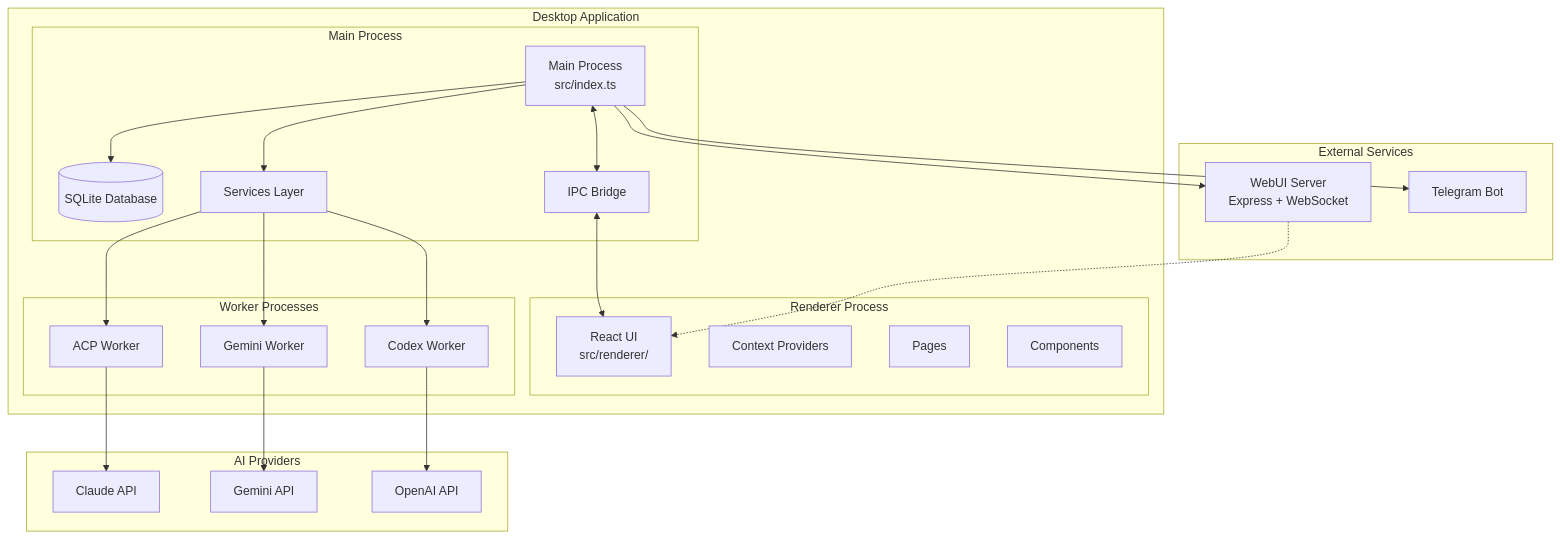
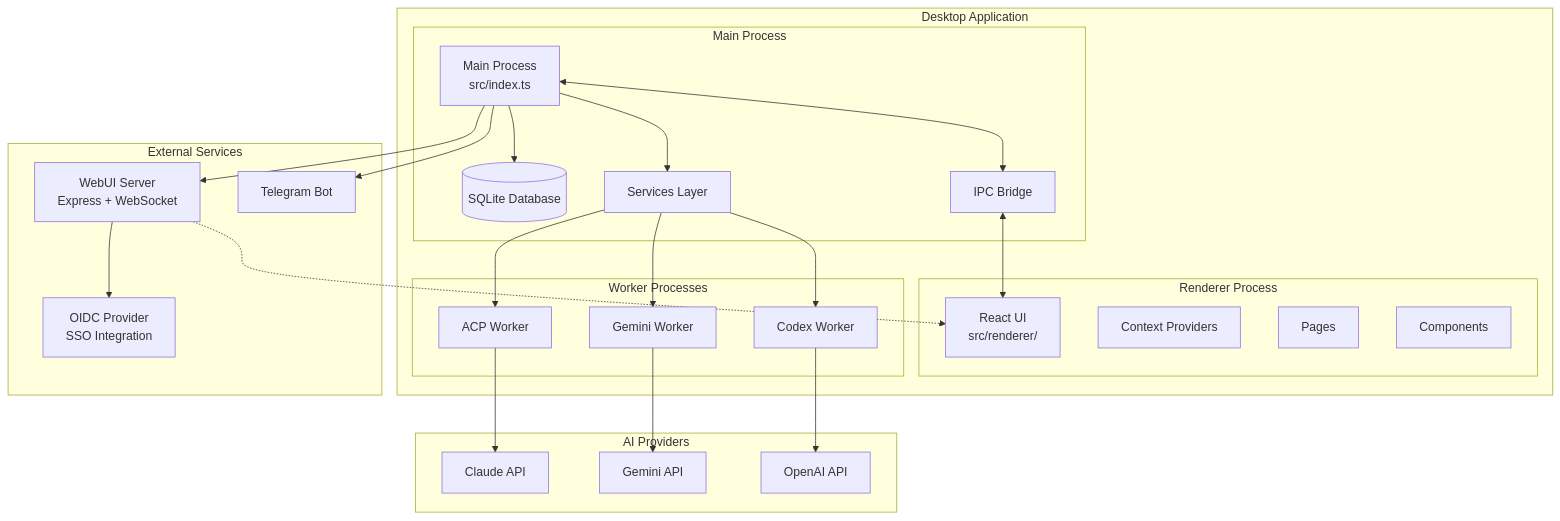
Before and after one commit to jrmatherly/aionui: the first of 9 diagrams in docs/architecture/ARCHITECTURE.md, drawn with Mermaid. The commit also changed other lines of this file and 9 other files, not shown here.

````diff
--- a/docs/architecture/ARCHITECTURE.md
+++ b/docs/architecture/ARCHITECTURE.md
@@ -9,52 +9,54 @@
 ```mermaid
 graph TB
     subgraph "Desktop Application"
         subgraph "Main Process"
             MP[Main Process<br/>src/index.ts]
             DB[(SQLite Database)]
             Bridge[IPC Bridge]
             Services[Services Layer]
         end
 
         subgraph "Renderer Process"
             React[React UI<br/>src/renderer/]
             Context[Context Providers]
             Pages[Pages]
             Components[Components]
         end
 
         subgraph "Worker Processes"
             GeminiW[Gemini Worker]
             CodexW[Codex Worker]
             AcpW[ACP Worker]
         end
     end
 
     subgraph "External Services"
         WebUI[WebUI Server<br/>Express + WebSocket]
         Telegram[Telegram Bot]
+        OIDC[OIDC Provider<br/>SSO Integration]
     end
 
     subgraph "AI Providers"
         Claude[Claude API]
         Gemini[Gemini API]
         OpenAI[OpenAI API]
     end
 
     MP <--> Bridge
     Bridge <--> React
     MP --> DB
     MP --> Services
     Services --> GeminiW
     Services --> CodexW
     Services --> AcpW
 
     GeminiW --> Gemini
     CodexW --> OpenAI
     AcpW --> Claude
 
     MP --> WebUI
     MP --> Telegram
 
+    WebUI --> OIDC
     WebUI -.-> React
 ```
````
